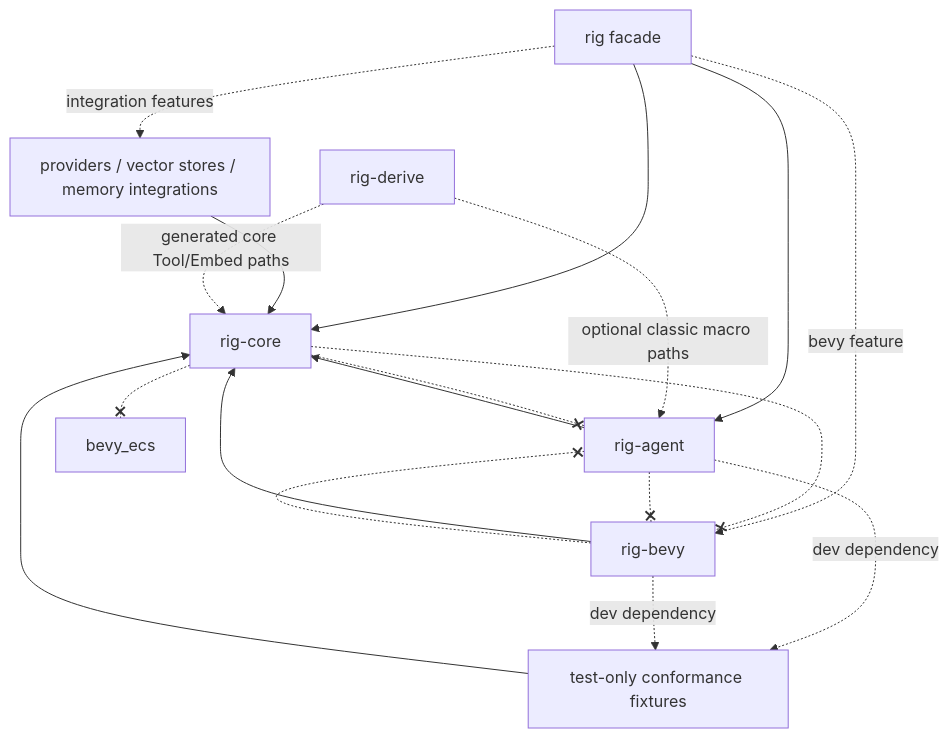
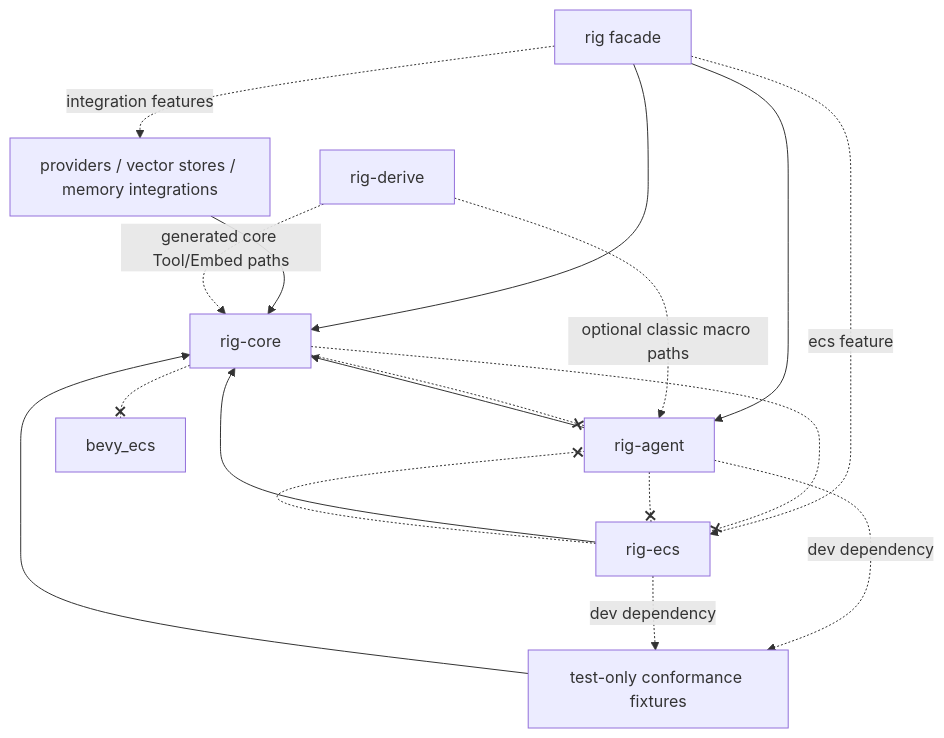
One commit to 0xPlaygrounds/rig changed the third of 7 diagrams in docs/architecture/rig-runtime-split/README.md. Above: the diagram before and after it, drawn with Mermaid. The commit also changed other lines of this file and 335 other files, not shown here.

First line of the commit message:
refactor: rename rig-bevy to rig-ecs and keep CompletionClient construction

````diff
--- a/docs/architecture/rig-runtime-split/README.md
+++ b/docs/architecture/rig-runtime-split/README.md
@@ -213,29 +213,29 @@
 ```mermaid
 flowchart TD
     rig[rig facade]
     agent[rig-agent]
-    bevy[rig-bevy]
+    ecs[rig-ecs]
     core[rig-core]
     integrations[providers / vector stores / memory integrations]
     derive[rig-derive]
     conformance[test-only conformance fixtures]
 
     rig --> core
     rig --> agent
-    rig -. bevy feature .-> bevy
+    rig -. ecs feature .-> ecs
     rig -. integration features .-> integrations
     agent --> core
-    bevy --> core
+    ecs --> core
     integrations --> core
     derive -. generated core Tool/Embed paths .-> core
     derive -. optional classic macro paths .-> agent
     agent -. dev dependency .-> conformance
-    bevy -. dev dependency .-> conformance
+    ecs -. dev dependency .-> conformance
     conformance --> core
 
     core -.-x agent
-    core -.-x bevy
+    core -.-x ecs
     core -.-x bevy_ecs[bevy_ecs]
-    agent -.-x bevy
-    bevy -.-x agent
+    agent -.-x ecs
+    ecs -.-x agent
 ```
````
